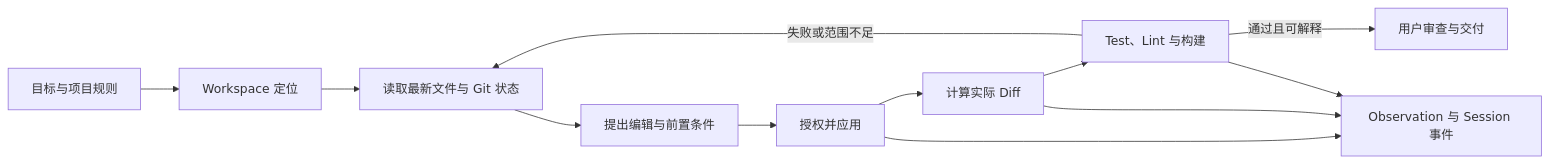
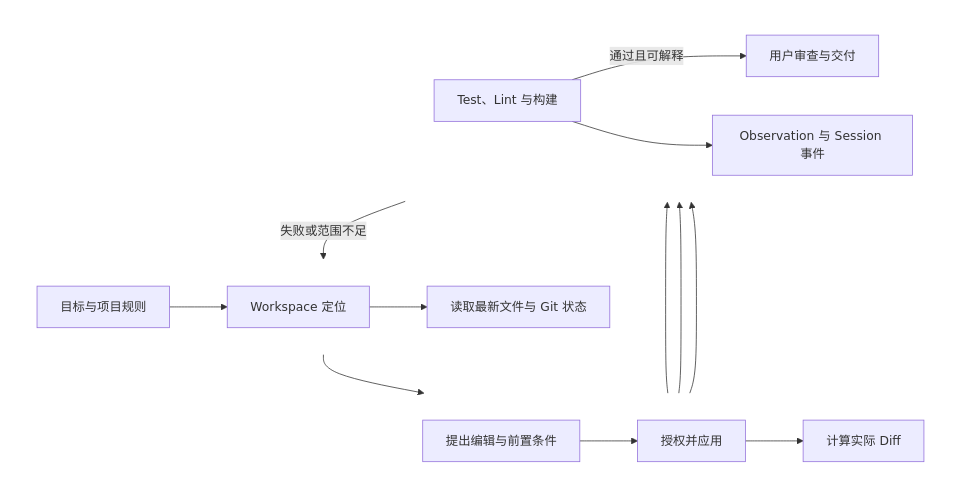
One commit to specialpointcentral/harness changed the diagram in docs/harness-survey/18_code_editing_git_and_workspace.md. Above: the diagram before and after it, drawn with Mermaid. The commit also changed 18 other files, not shown here.

First line of the commit message:
docs: improve diagram layouts and tidy supporting files

````diff
--- a/docs/harness-survey/18_code_editing_git_and_workspace.md
+++ b/docs/harness-survey/18_code_editing_git_and_workspace.md
@@ -13,14 +13,29 @@
 ```mermaid
-flowchart LR
-  G[目标与项目规则] --> W[Workspace 定位]
-  W --> R[读取最新文件与 Git 状态]
-  R --> P[提出编辑与前置条件]
-  P --> A[授权并应用]
-  A --> D[计算实际 Diff]
-  D --> V[Test、Lint 与构建]
+flowchart TB
+  subgraph R1[" "]
+    direction LR
+    G[目标与项目规则] --> W[Workspace 定位]
+    W --> R[读取最新文件与 Git 状态]
+  end
+  subgraph R2[" "]
+    direction LR
+    P[提出编辑与前置条件] --> A[授权并应用]
+    A --> D[计算实际 Diff]
+  end
+  subgraph R3[" "]
+    direction LR
+    V[Test、Lint 与构建]
+    H[用户审查与交付]
+    O[Observation 与 Session 事件]
+    V -->|通过且可解释| H
+  end
+  R --> P
+  D --> V
   V -->|失败或范围不足| R
-  V -->|通过且可解释| H[用户审查与交付]
-  A --> O[Observation 与 Session 事件]
+  A --> O
   D --> O
   V --> O
+  style R1 fill:none,stroke:none
+  style R2 fill:none,stroke:none
+  style R3 fill:none,stroke:none
 ```
````
